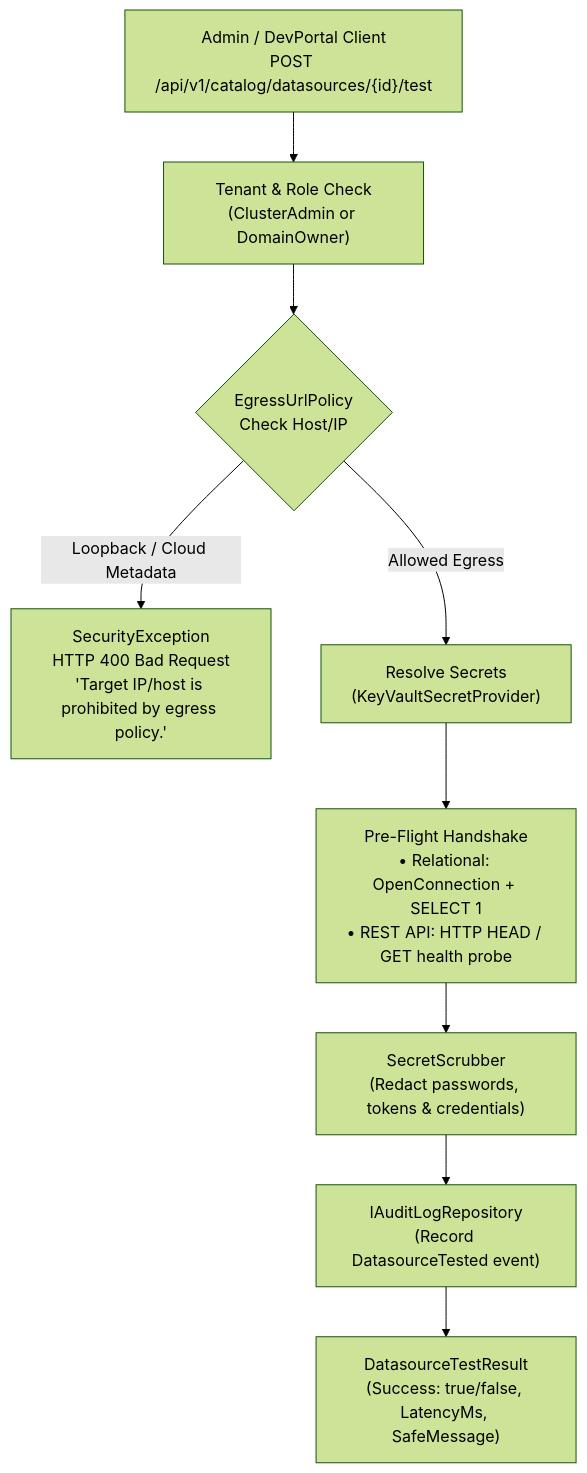
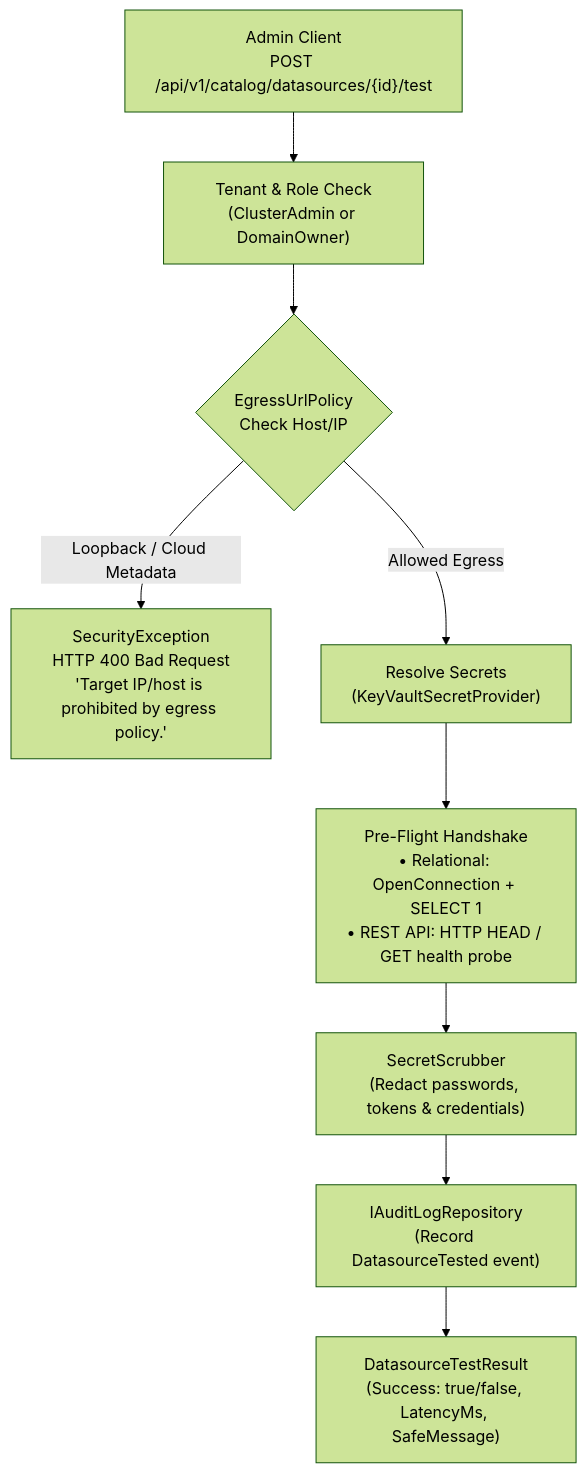
Before and after one commit to themulle/autheris: the diagram in docs/features/f-api-09-datasource-connectivity-testing.md, drawn with Mermaid (forest theme). The commit also changed 59 other files, not shown here.

Commit message:
feat(simpl-16): delete arrow flight sql and dev portal

````diff
--- a/docs/features/f-api-09-datasource-connectivity-testing.md
+++ b/docs/features/f-api-09-datasource-connectivity-testing.md
@@ -28,14 +28,14 @@
 ```mermaid
 flowchart TD
-    CLIENT["Admin / DevPortal Client<br/>POST /api/v1/catalog/datasources/{id}/test"] --> AUTH["Tenant & Role Check<br/>(ClusterAdmin or DomainOwner)"]
+    CLIENT["Admin Client<br/>POST /api/v1/catalog/datasources/{id}/test"] --> AUTH["Tenant & Role Check<br/>(ClusterAdmin or DomainOwner)"]
     AUTH --> SSRF{"EgressUrlPolicy<br/>Check Host/IP"}
     
     SSRF -- Loopback / Cloud Metadata --> BLOCKED["SecurityException<br/>HTTP 400 Bad Request<br/>'Target IP/host is prohibited by egress policy.'"]
     
     SSRF -- Allowed Egress --> RESOLVE["Resolve Secrets<br/>(KeyVaultSecretProvider)"]
     RESOLVE --> HANDSHAKE["Pre-Flight Handshake<br/>• Relational: OpenConnection + SELECT 1<br/>• REST API: HTTP HEAD / GET health probe"]
     
     HANDSHAKE --> SCRUB["SecretScrubber<br/>(Redact passwords, tokens & credentials)"]
     SCRUB --> AUDIT["IAuditLogRepository<br/>(Record DatasourceTested event)"]
     AUDIT --> RESULT["DatasourceTestResult<br/>(Success: true/false, LatencyMs, SafeMessage)"]
 ```
````
